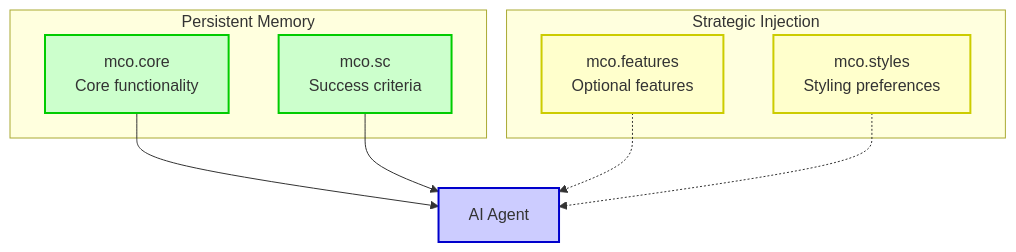
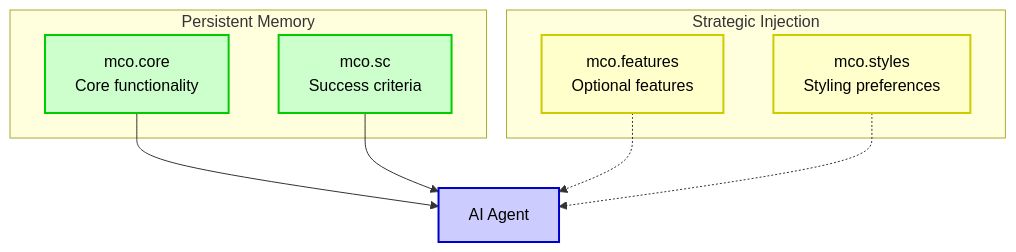
One commit to paradiselabs-ai/MCO-Protocol changed the fourth of 4 diagrams in docs/documentation.md. Above: the diagram before and after it, drawn with Mermaid. The commit also changed other lines of this file, not shown here.

````diff
--- a/docs/documentation.md
+++ b/docs/documentation.md
@@ -210,25 +210,25 @@
 ```mermaid
 graph TD
     subgraph "Persistent Memory"
         CORE[mco.core<br>Core functionality]
         SC[mco.sc<br>Success criteria]
     end
     
     subgraph "Strategic Injection"
         FEAT[mco.features<br>Optional features]
         STYLE[mco.styles<br>Styling preferences]
     end
     
     CORE --> AGENT[AI Agent]
     SC --> AGENT
     FEAT -.-> AGENT
     STYLE -.-> AGENT
     
-    classDef persistent fill:#ccffcc,stroke:#00cc00,stroke-width:2px
-    classDef injected fill:#ffffcc,stroke:#cccc00,stroke-width:2px
-    classDef agent fill:#ccccff,stroke:#0000cc,stroke-width:2px
+    classDef persistent fill:#ccffcc,stroke:#00cc00,stroke-width:2px,color:#000000
+    classDef injected fill:#ffffcc,stroke:#cccc00,stroke-width:2px,color:#000000
+    classDef agent fill:#ccccff,stroke:#0000cc,stroke-width:2px,color:#000000
     
     class CORE,SC persistent
     class FEAT,STYLE injected
     class AGENT agent
 ```
````
